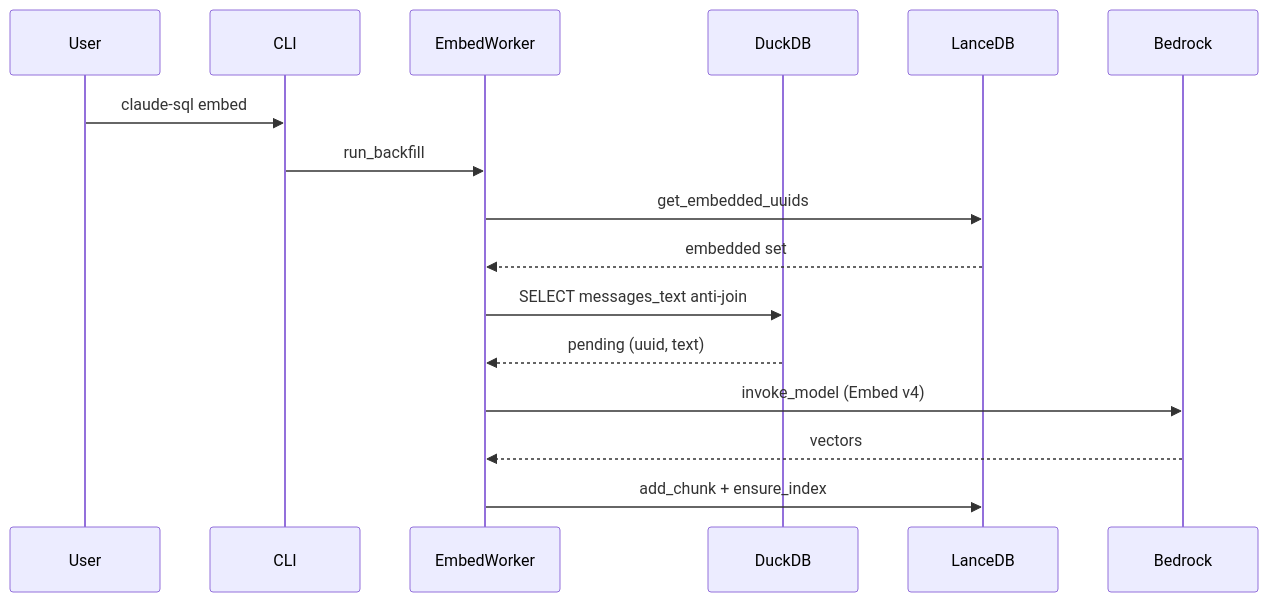
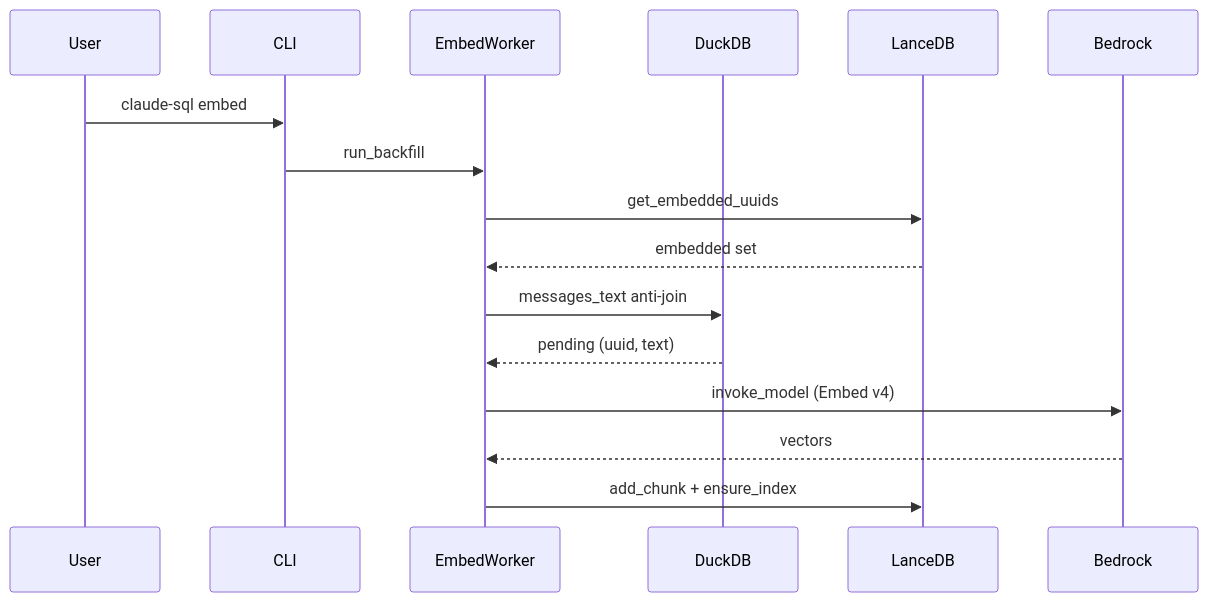
The second of 3 diagrams in docs/architecture/data-flow.md (theagenticguy/claude-sql), drawn with Mermaid before and after one commit. The commit also changed other lines of this file and 18 other files, not shown here.

````diff
--- a/docs/architecture/data-flow.md
+++ b/docs/architecture/data-flow.md
@@ -48,18 +48,18 @@
 ```mermaid
 sequenceDiagram
     participant User
     participant CLI
     participant EmbedWorker
     participant DuckDB
     participant LanceDB
     participant Bedrock
     User->>CLI: claude-sql embed
     CLI->>EmbedWorker: run_backfill
     EmbedWorker->>LanceDB: get_embedded_uuids
     LanceDB-->>EmbedWorker: embedded set
-    EmbedWorker->>DuckDB: SELECT messages_text anti-join
+    EmbedWorker->>DuckDB: messages_text anti-join
     DuckDB-->>EmbedWorker: pending (uuid, text)
     EmbedWorker->>Bedrock: invoke_model (Embed v4)
     Bedrock-->>EmbedWorker: vectors
     EmbedWorker->>LanceDB: add_chunk + ensure_index
 ```
````
